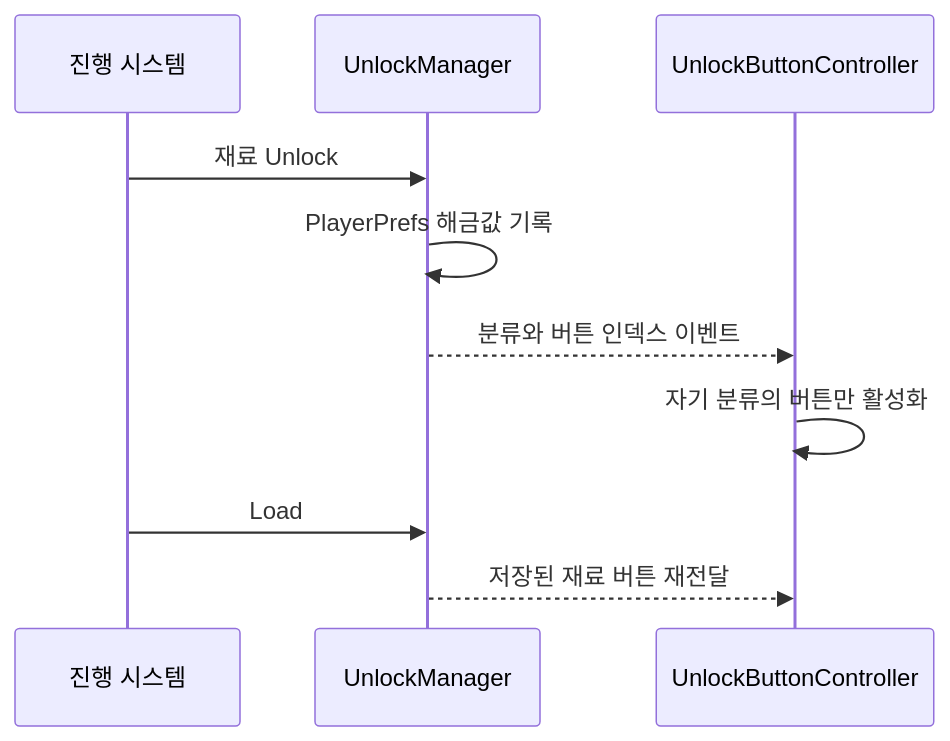
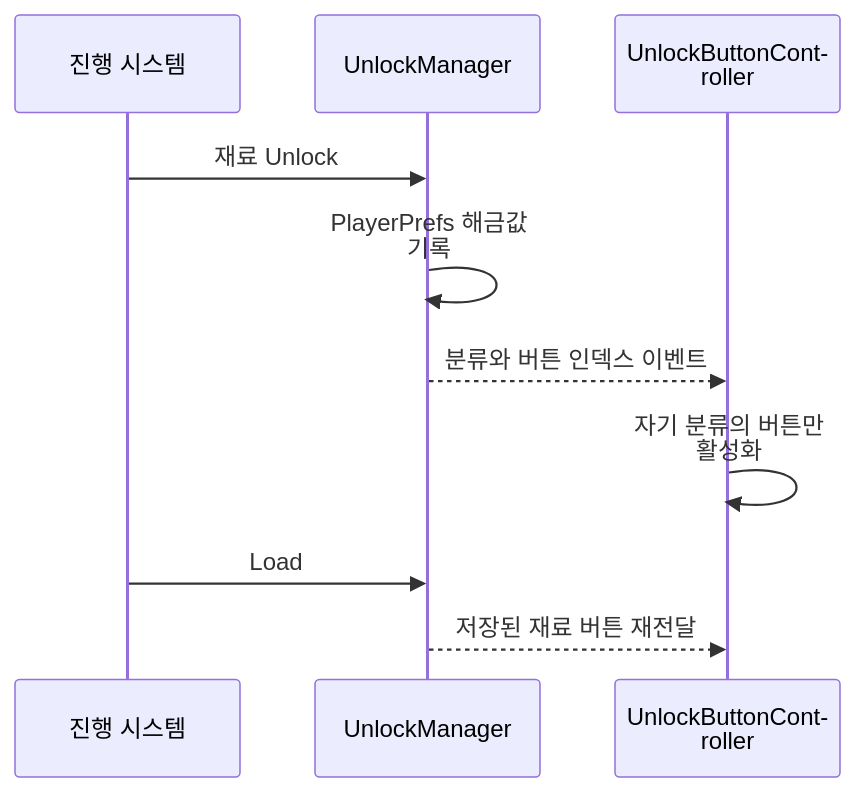
Before and after one commit to 1Seong/OMakHase: the second of 2 diagrams in portfolio/unlock-ui/README.md, drawn with Mermaid. The commit also changed other lines of this file and 2 other files, not shown here.

Commit message:
docs: fix diagram text layout and feature sample emphasis

````diff
--- a/portfolio/unlock-ui/README.md
+++ b/portfolio/unlock-ui/README.md
@@ -20,12 +21,13 @@
 ```mermaid
+%%{init: {"htmlLabels": false, "themeVariables": {"fontFamily": "Arial, sans-serif"}, "flowchart": {"padding": 20, "diagramPadding": 20}, "sequence": {"diagramMarginX": 24, "diagramMarginY": 16, "wrap": true}}}%%
 sequenceDiagram
   participant G as 진행 시스템
   participant U as UnlockManager
   participant V as UnlockButtonController
   G->>U: 재료 Unlock
   U->>U: PlayerPrefs 해금값 기록
   U-->>V: 분류와 버튼 인덱스 이벤트
   V->>V: 자기 분류의 버튼만 활성화
   G->>U: Load
   U-->>V: 저장된 재료 버튼 재전달
 ```
````
